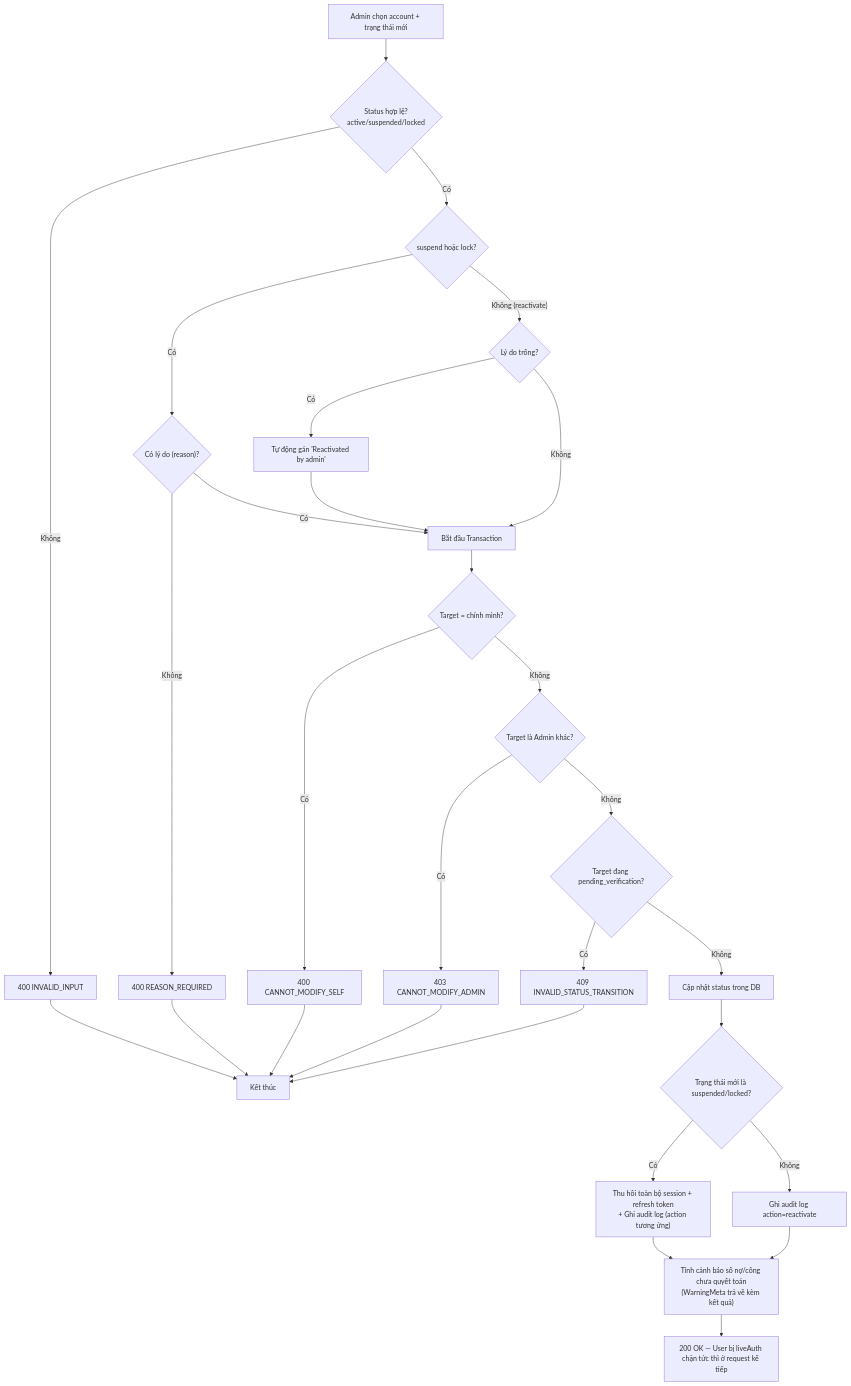
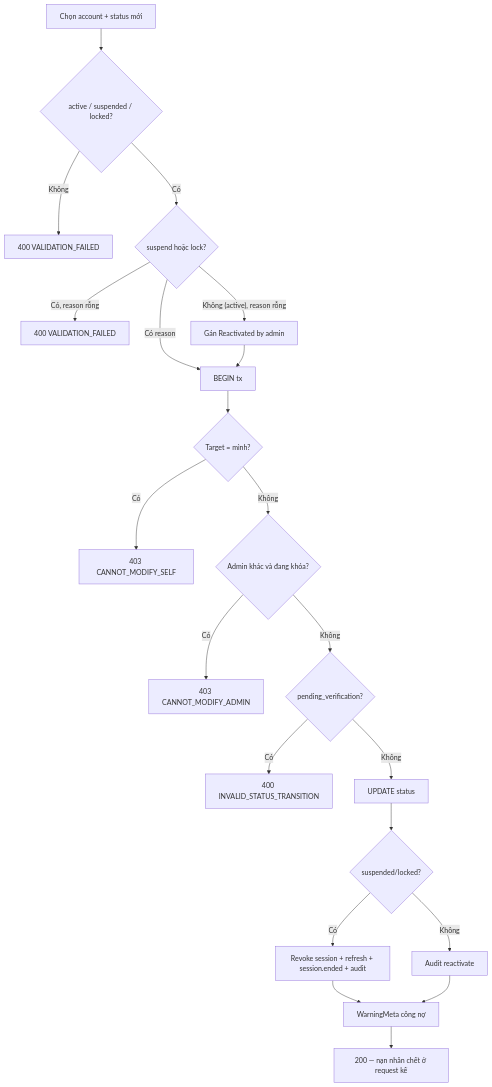
One commit to FintechVSF-Tranning/PaySplit-RP changed the fifth of 5 diagrams in flow/06-admin.md. Above: the diagram before and after it, drawn with Mermaid. The commit also changed other lines of this file and 8 other files, not shown here.

````diff
--- a/flow/06-admin.md
+++ b/flow/06-admin.md
@@ -196,25 +159,23 @@
 ```mermaid
 flowchart TD
-    A["Admin chọn account + trạng thái mới"] --> B{"Status hợp lệ?<br/>active/suspended/locked"}
-    B -->|"Không"| B1["400 INVALID_INPUT"] --> Z["Kết thúc"]
+    A["Chọn account + status mới"] --> B{"active / suspended / locked?"}
+    B -->|"Không"| B1["400 VALIDATION_FAILED"]
     B -->|"Có"| C{"suspend hoặc lock?"}
-    C -->|"Có"| D{"Có lý do (reason)?"}
-    D -->|"Không"| D1["400 REASON_REQUIRED"] --> Z
-    D -->|"Có"| E["Bắt đầu Transaction"]
-    C -->|"Không (reactivate)"| F{"Lý do trống?"}
-    F -->|"Có"| G["Tự động gán 'Reactivated by admin'"] --> E
-    F -->|"Không"| E
-    E --> H{"Target = chính mình?"}
-    H -->|"Có"| H1["400 CANNOT_MODIFY_SELF"] --> Z
-    H -->|"Không"| I{"Target là Admin khác?"}
-    I -->|"Có"| I1["403 CANNOT_MODIFY_ADMIN"] --> Z
-    I -->|"Không"| J{"Target đang pending_verification?"}
-    J -->|"Có"| J1["409 INVALID_STATUS_TRANSITION"] --> Z
-    J -->|"Không"| K["Cập nhật status trong DB"]
-    K --> L{"Trạng thái mới là suspended/locked?"}
-    L -->|"Có"| M["Thu hồi toàn bộ session + refresh token<br/>+ Ghi audit log (action tương ứng)"]
-    L -->|"Không"| N["Ghi audit log action=reactivate"]
-    M --> O["Tính cảnh báo số nợ/công chưa quyết toán<br/>(WarningMeta trả về kèm kết quả)"]
+    C -->|"Có, reason rỗng"| D1["400 VALIDATION_FAILED"]
+    C -->|"Không (active), reason rỗng"| D2["Gán Reactivated by admin"]
+    C -->|"Có reason"| E
+    D2 --> E["BEGIN tx"]
+    E --> H{"Target = mình?"}
+    H -->|"Có"| H1["403 CANNOT_MODIFY_SELF"]
+    H -->|"Không"| I{"Admin khác và đang khóa?"}
+    I -->|"Có"| I1["403 CANNOT_MODIFY_ADMIN"]
+    I -->|"Không"| J{"pending_verification?"}
+    J -->|"Có"| J1["400 INVALID_STATUS_TRANSITION"]
+    J -->|"Không"| K["UPDATE status"]
+    K --> L{"suspended/locked?"}
+    L -->|"Có"| M["Revoke session + refresh + session.ended + audit"]
+    L -->|"Không"| N["Audit reactivate"]
+    M --> O["WarningMeta công nợ"]
     N --> O
-    O --> P["200 OK — User bị liveAuth chặn tức thì ở request kế tiếp"]
+    O --> P["200 — nạn nhân chết ở request kế"]
 ```
````
